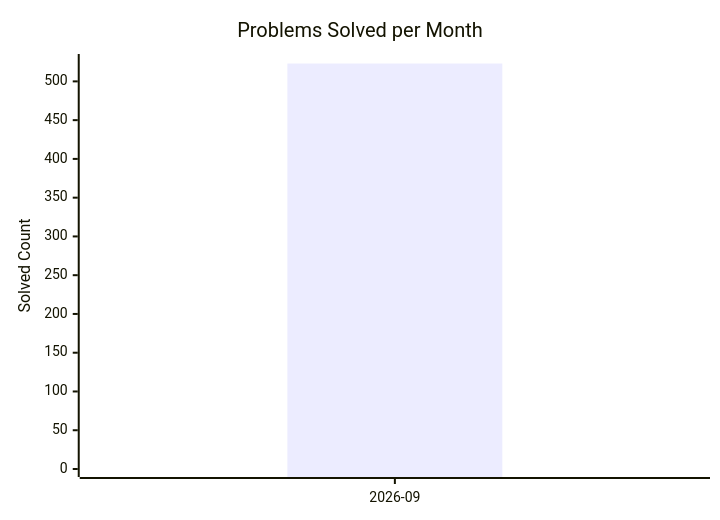
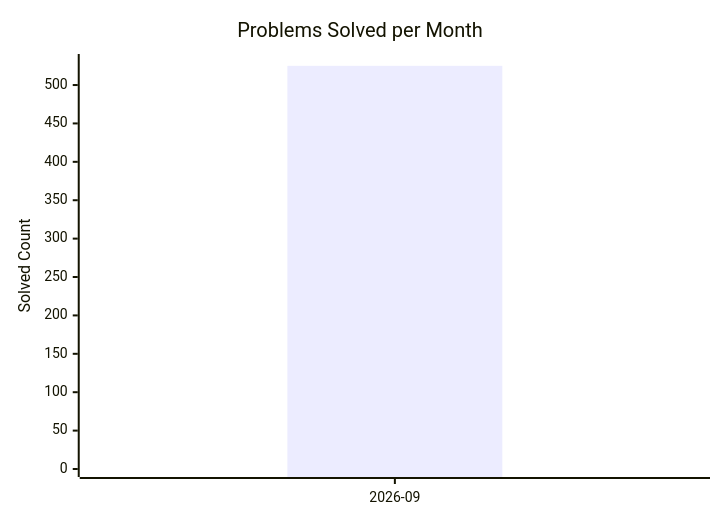
One commit to AdityaPandey-DEV/CP-Progress-Sync changed the diagram in dashboard.md. Above: the diagram before and after it, drawn with Mermaid. The commit also changed other lines of this file, not shown here.

Commit message:
Auto-update CP dashboard [skip ci]

````diff
--- a/dashboard.md
+++ b/dashboard.md
@@ -8,8 +8,8 @@
 ```mermaid
 xychart-beta
     title "Problems Solved per Month"
     x-axis ["2026-09"]
-    y-axis "Solved Count" 0 --> 525
-    bar [523]
-    line [523]
+    y-axis "Solved Count" 0 --> 530
+    bar [525]
+    line [525]
 ```
````
